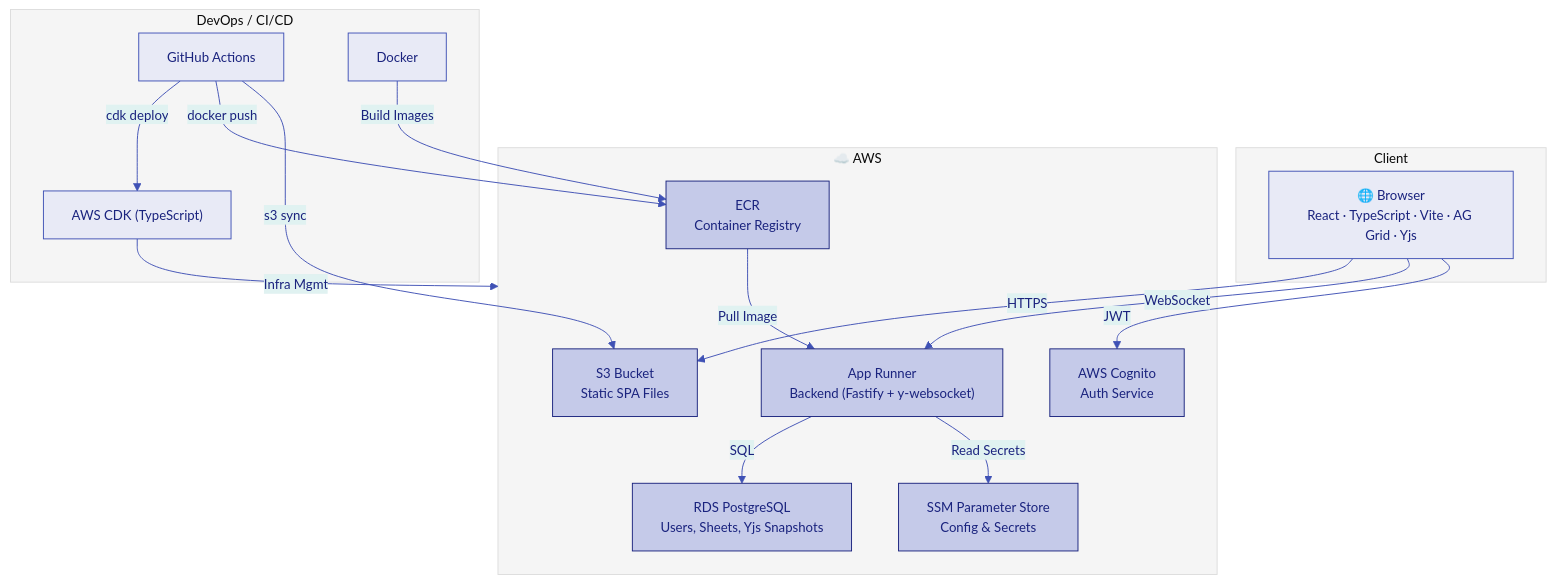
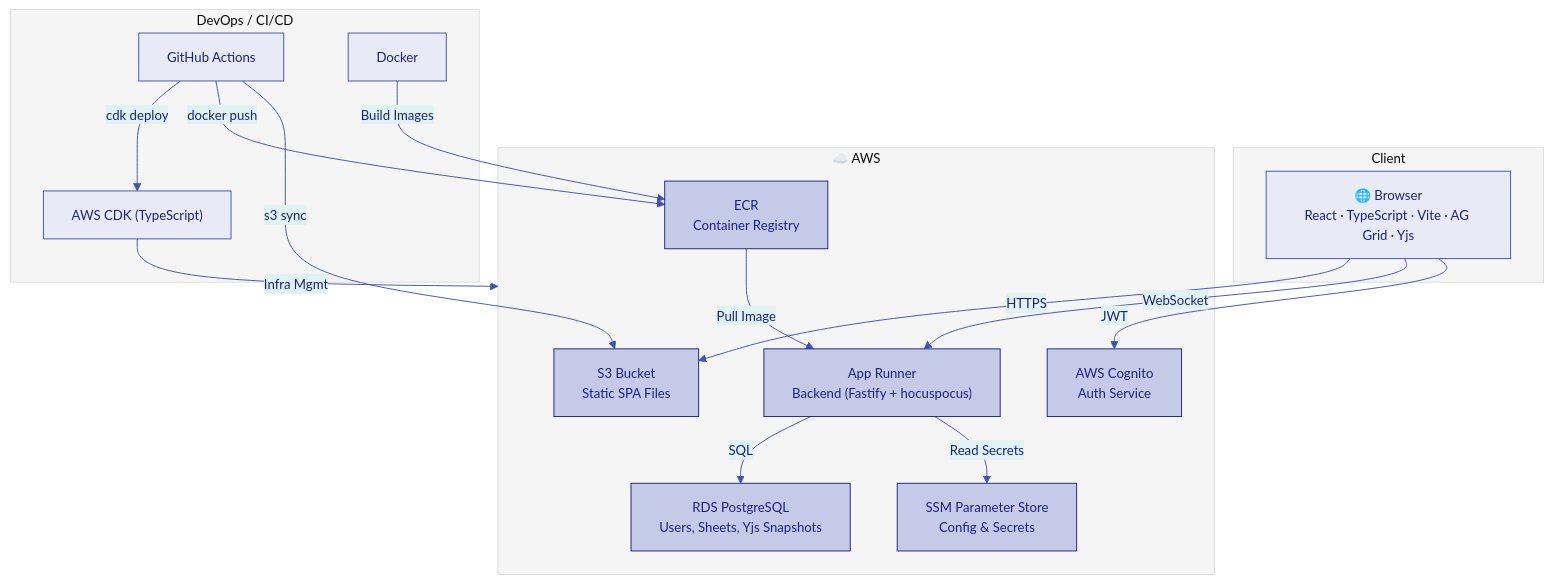
The first of 3 diagrams in docs/architecture.md (Jobonabas/CloudSheets), drawn with Mermaid before and after one commit. The commit also changed 9 other files, not shown here.

Commit message:
refactor(backend): replace y-websocket with Hocuspocus Server engine #30

````diff
--- a/docs/architecture.md
+++ b/docs/architecture.md
@@ -9,53 +9,53 @@
 ```mermaid
 %%{init: {'theme': 'base', 'themeVariables': {
   'primaryColor': '#E8EAF6',
   'primaryBorderColor': '#3F51B5',
   'primaryTextColor': '#1A237E',
   'secondaryColor': '#E0F2F1',
   'secondaryBorderColor': '#009688',
   'secondaryTextColor': '#00695C',
   'tertiaryColor': '#F5F5F5',
   'lineColor': '#3F51B5',
   'textColor': '#1A237E',
   'fontSize': '14px'
 }}}%%
 graph TB
     subgraph Client
         Browser["🌐 Browser\nReact · TypeScript · Vite · AG Grid · Yjs"]
     end
 
     subgraph AWS ["☁️ AWS"]
         S3["S3 Bucket\nStatic SPA Files"]
-        AR["App Runner\nBackend (Fastify + y-websocket)"]
+        AR["App Runner\nBackend (Fastify + hocuspocus)"]
         RDS["RDS PostgreSQL\nUsers, Sheets, Yjs Snapshots"]
         Cognito["AWS Cognito\nAuth Service"]
         SSM["SSM Parameter Store\nConfig & Secrets"]
         ECR["ECR\nContainer Registry"]
     end
 
     subgraph DevOps ["DevOps / CI/CD"]
         GH["GitHub Actions"]
         CDK["AWS CDK (TypeScript)"]
         Docker["Docker"]
     end
 
     Browser -->|"HTTPS"| S3
     Browser -->|"WebSocket"| AR
     Browser -->|"JWT"| Cognito
     AR -->|"SQL"| RDS
     AR -->|"Read Secrets"| SSM
     GH -->|"cdk deploy"| CDK
     GH -->|"docker push"| ECR
     ECR -->|"Pull Image"| AR
     GH -->|"s3 sync"| S3
     CDK -->|"Infra Mgmt"| AWS
     Docker -->|"Build Images"| ECR
 
     classDef indigo fill:#E8EAF6,stroke:#3F51B5,color:#1A237E
     classDef teal fill:#E0F2F1,stroke:#009688,color:#00695C
     classDef indigoDark fill:#C5CAE9,stroke:#1A237E,color:#1A237E
     classDef tealDark fill:#B2DFDB,stroke:#00695C,color:#00695C
     class Browser indigo
     class S3,AR,RDS,Cognito,SSM,ECR indigoDark
     class GH,CDK,Docker indigo
 ```
````
